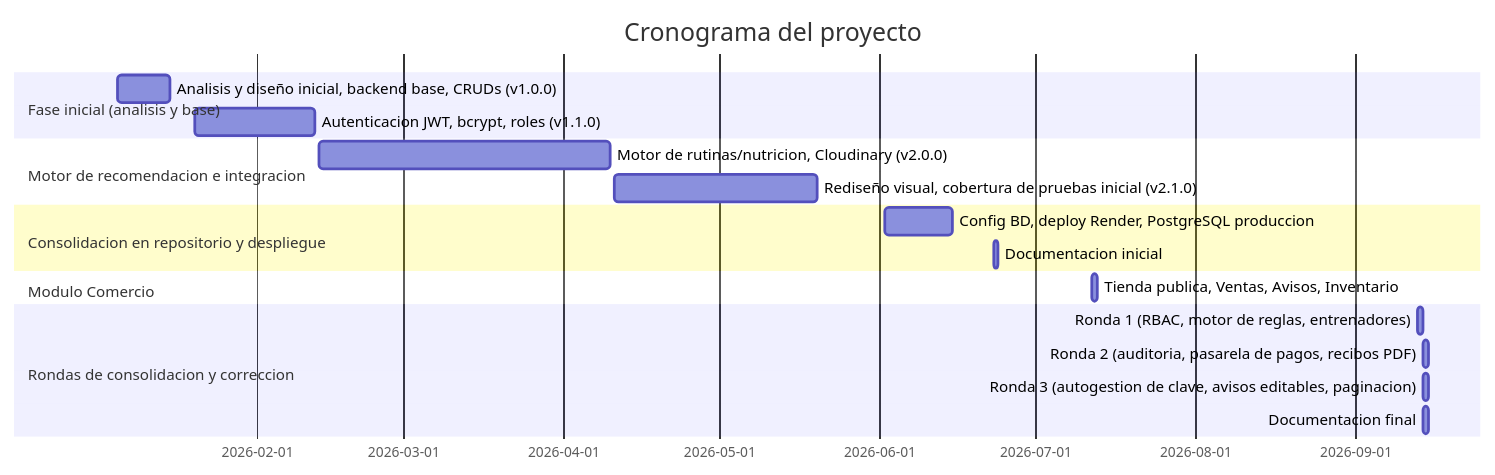
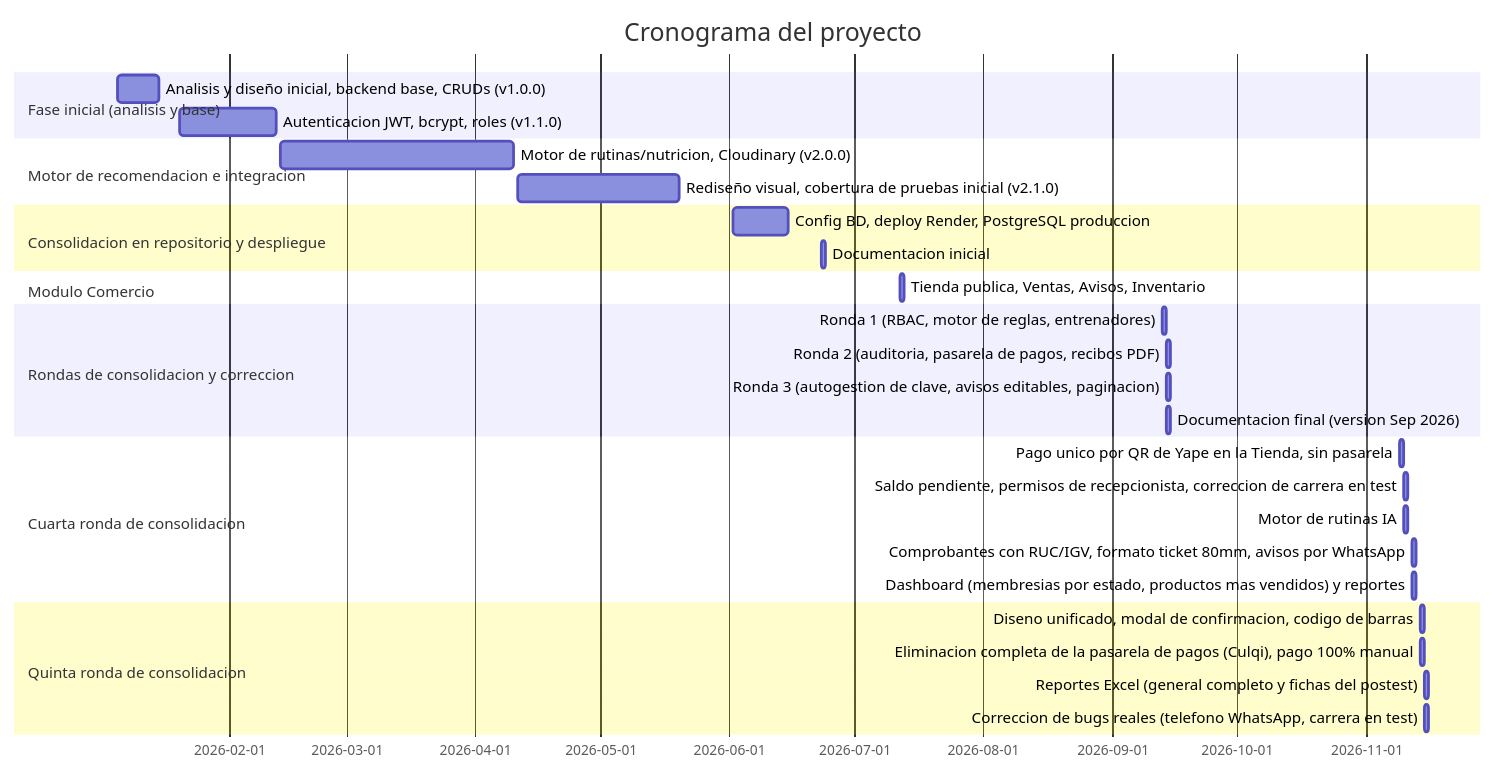
One commit to KeenGuerra/GleyforGymInvestigacion changed the fourth of 10 diagrams in docs/07_Gestion_Proyecto/Intervencion_Metodologica.md. Above: the diagram before and after it, drawn with Mermaid. The commit also changed other lines of this file, not shown here.

First line of the commit message:
docs: actualiza Intervencion_Metodologica con las rondas 4 y 5 de consolidacion

````diff
--- a/docs/07_Gestion_Proyecto/Intervencion_Metodologica.md
+++ b/docs/07_Gestion_Proyecto/Intervencion_Metodologica.md
@@ -230,21 +230,32 @@
 ```mermaid
 gantt
     dateFormat YYYY-MM-DD
     title Cronograma del proyecto
     section Fase inicial (analisis y base)
     Analisis y diseño inicial, backend base, CRUDs (v1.0.0) :2026-01-05, 2026-01-15
     Autenticacion JWT, bcrypt, roles (v1.1.0) :2026-01-20, 2026-02-12
     section Motor de recomendacion e integracion
     Motor de rutinas/nutricion, Cloudinary (v2.0.0) :2026-02-13, 2026-04-10
     Rediseño visual, cobertura de pruebas inicial (v2.1.0) :2026-04-11, 2026-05-20
     section Consolidacion en repositorio y despliegue
     Config BD, deploy Render, PostgreSQL produccion :2026-06-02, 2026-06-15
     Documentacion inicial :2026-06-23, 1d
     section Modulo Comercio
     Tienda publica, Ventas, Avisos, Inventario :2026-07-12, 2026-07-13
     section Rondas de consolidacion y correccion
     Ronda 1 (RBAC, motor de reglas, entrenadores) :2026-09-13, 1d
     Ronda 2 (auditoria, pasarela de pagos, recibos PDF) :2026-09-14, 1d
     Ronda 3 (autogestion de clave, avisos editables, paginacion) :2026-09-14, 1d
-    Documentacion final :2026-09-14, 2026-09-15
+    Documentacion final (version Sep 2026) :2026-09-14, 2026-09-15
+    section Cuarta ronda de consolidacion
+    Pago unico por QR de Yape en la Tienda, sin pasarela :2026-11-09, 2026-11-10
+    Saldo pendiente, permisos de recepcionista, correccion de carrera en test :2026-11-10, 1d
+    Motor de rutinas IA: mas ejercicios por dia, piernas en subgrupos :2026-11-10, 1d
+    Comprobantes con RUC/IGV, formato ticket 80mm, avisos por WhatsApp :2026-11-12, 1d
+    Dashboard (membresias por estado, productos mas vendidos) y reportes :2026-11-12, 1d
+    section Quinta ronda de consolidacion
+    Diseno unificado, modal de confirmacion, codigo de barras :2026-11-14, 1d
+    Eliminacion completa de la pasarela de pagos (Culqi), pago 100% manual :2026-11-14, 1d
+    Reportes Excel (general completo y fichas del postest) :2026-11-15, 1d
+    Correccion de bugs reales (telefono WhatsApp, carrera en test) :2026-11-15, 1d
 ```
````
